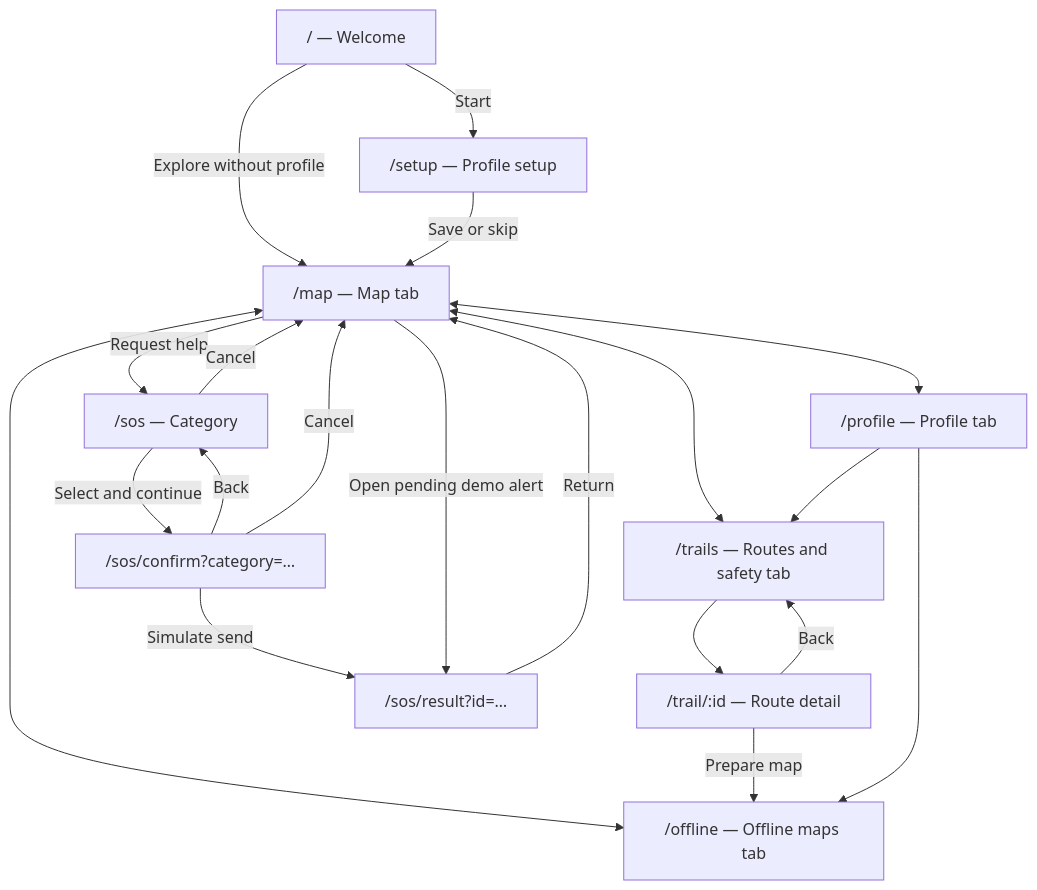
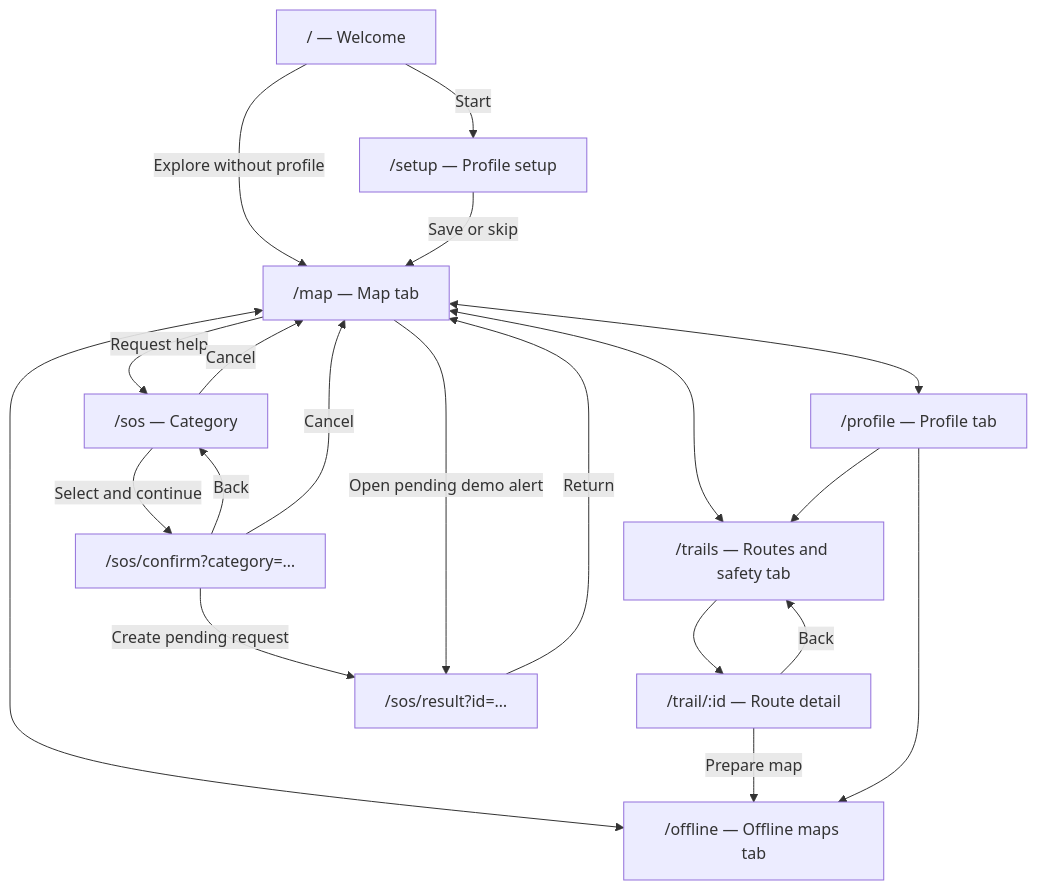
Before and after one commit to JosArtu/Senda-Segura: the second of 3 diagrams in docs/architecture.md, drawn with Mermaid. The commit also changed other lines of this file and 22 other files, not shown here.

````diff
--- a/docs/architecture.md
+++ b/docs/architecture.md
@@ -51,22 +53,22 @@
 ```mermaid
 flowchart TD
     Welcome["/ — Welcome"] -->|Start| Setup["/setup — Profile setup"]
     Welcome -->|Explore without profile| Map["/map — Map tab"]
     Setup -->|Save or skip| Map
     Map <--> Trails["/trails — Routes and safety tab"]
     Map <--> Offline["/offline — Offline maps tab"]
     Map <--> Profile["/profile — Profile tab"]
     Trails --> Detail["/trail/:id — Route detail"]
     Detail -->|Back| Trails
     Detail -->|Prepare map| Offline
     Profile --> Offline
     Profile --> Trails
     Map -->|Request help| Category["/sos — Category"]
     Category -->|Select and continue| Confirm["/sos/confirm?category=…"]
-    Confirm -->|Simulate send| Result["/sos/result?id=…"]
+    Confirm -->|Create pending request| Result["/sos/result?id=…"]
     Category -->|Cancel| Map
     Confirm -->|Back| Category
     Confirm -->|Cancel| Map
     Result -->|Return| Map
     Map -->|Open pending demo alert| Result
 ```
````
